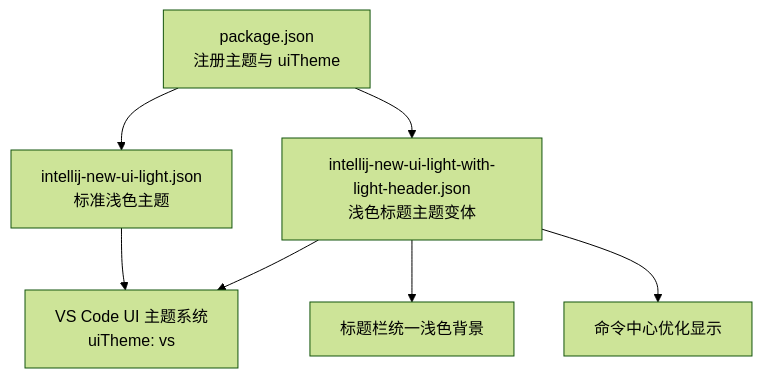
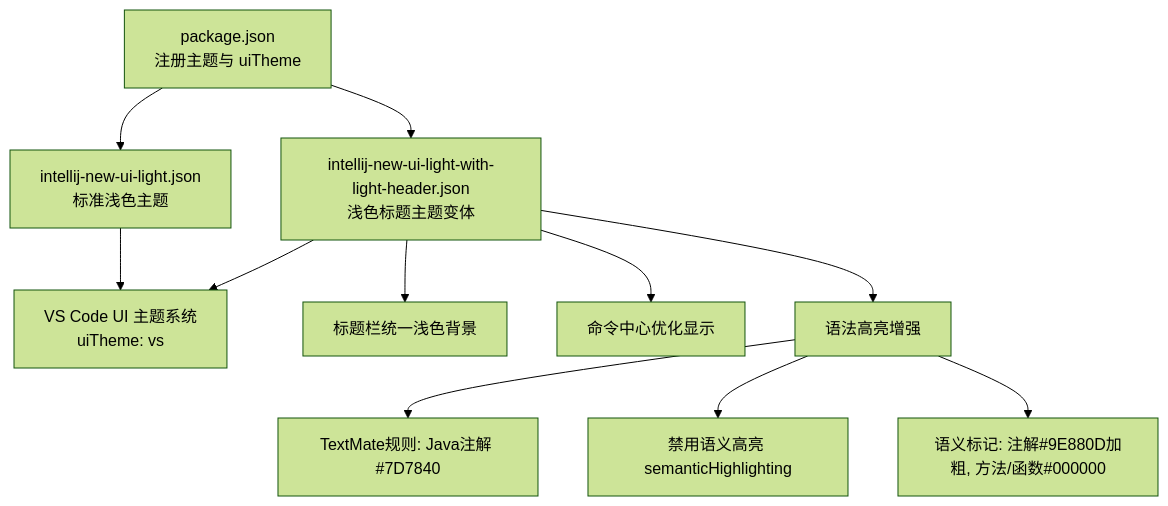
The second of 6 diagrams in .qoder/repowiki/zh/content/主题特性/浅色标题主题.md (ferrymo/vscode-intellij-idea-new-ui-pretty), drawn with Mermaid (forest theme) before and after one commit. The commit also changed other lines of this file and 5 other files, not shown here.

````diff
--- a/.qoder/repowiki/zh/content/主题特性/浅色标题主题.md
+++ b/.qoder/repowiki/zh/content/主题特性/浅色标题主题.md
@@ -72,9 +92,13 @@
 ```mermaid
 graph TB
 P["package.json<br/>注册主题与 uiTheme"] --> T1["intellij-new-ui-light.json<br/>标准浅色主题"]
 P --> T2["intellij-new-ui-light-with-light-header.json<br/>浅色标题主题变体"]
 T1 --> U["VS Code UI 主题系统<br/>uiTheme: vs"]
 T2 --> U
 T2 --> H["标题栏统一浅色背景"]
 T2 --> C["命令中心优化显示"]
+T2 --> S["语法高亮增强"]
+S --> T["TextMate规则: Java注解 #7D7840"]
+S --> D["禁用语义高亮 semanticHighlighting"]
+S --> M["语义标记: 注解#9E880D加粗, 方法/函数#000000"]
 ```
````
